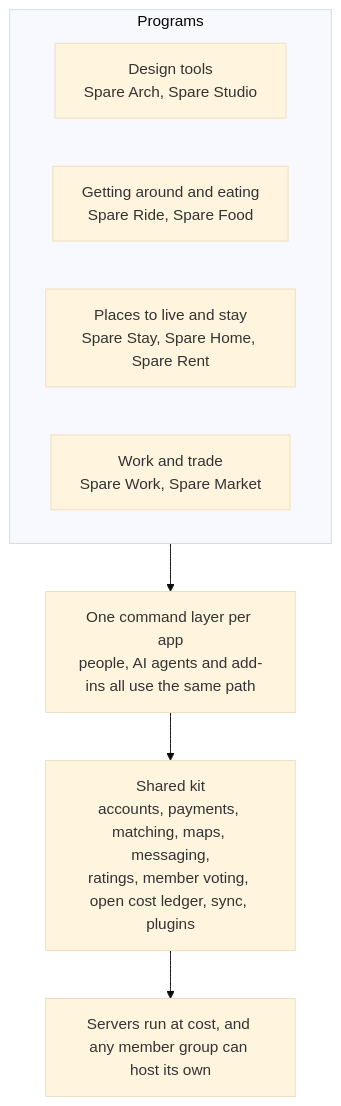
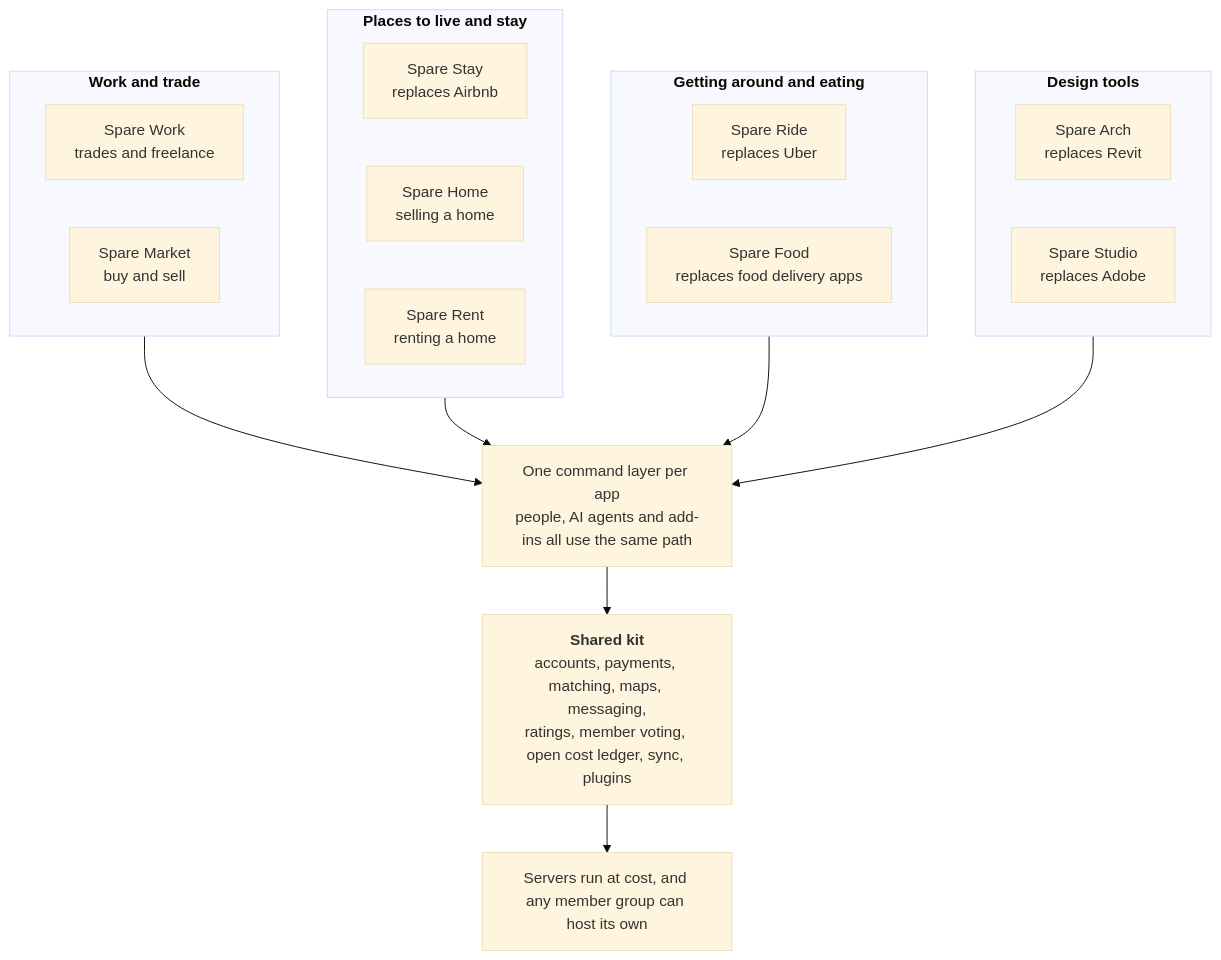
The diagram in README.md (spareware-co-op/spareware), drawn with Mermaid (base theme) before and after one commit. The commit also changed 83 other files, not shown here.

First line of the commit message:
Program folders: one Rust workspace, shared kit and engines, Spare Arch crates

````diff
--- a/README.md
+++ b/README.md
@@ -13,14 +13,34 @@
 ```mermaid
 flowchart TB
-  subgraph PROGRAMS["Programs"]
+  subgraph TRADE["`**Work and trade**`"]
     direction LR
-    DESIGN["Design tools<br/>Spare Arch, Spare Studio"]
-    MOVE["Getting around and eating<br/>Spare Ride, Spare Food"]
-    LIVE["Places to live and stay<br/>Spare Stay, Spare Home, Spare Rent"]
-    WORKS["Work and trade<br/>Spare Work, Spare Market"]
+    WORK["Spare Work<br/>trades and freelance"]
+    MARKET["Spare Market<br/>buy and sell"]
+  end
+  subgraph LIVE["`**Places to live and stay**`"]
+    direction LR
+    STAY["Spare Stay<br/>replaces Airbnb"]
+    HOME["Spare Home<br/>selling a home"]
+    RENT["Spare Rent<br/>renting a home"]
+  end
+  subgraph MOVE["`**Getting around and eating**`"]
+    direction LR
+    RIDE["Spare Ride<br/>replaces Uber"]
+    FOOD["Spare Food<br/>replaces food delivery apps"]
+  end
+  subgraph DESIGN["`**Design tools**`"]
+    direction LR
+    ARCH["Spare Arch<br/>replaces Revit"]
+    STUDIO["Spare Studio<br/>replaces Adobe"]
   end
   CMD["One command layer per app<br/>people, AI agents and add-ins all use the same path"]
-  KIT["Shared kit<br/>accounts, payments, matching, maps, messaging,<br/>ratings, member voting, open cost ledger, sync, plugins"]
+  KIT["`**Shared kit**
+  accounts, payments, matching, maps, messaging,
+  ratings, member voting, open cost ledger, sync, plugins`"]
   RUN["Servers run at cost, and any member group can host its own"]
-  PROGRAMS --> CMD --> KIT --> RUN
+  TRADE --> CMD
+  LIVE --> CMD
+  MOVE --> CMD
+  DESIGN --> CMD
+  CMD --> KIT --> RUN
 ```
````
